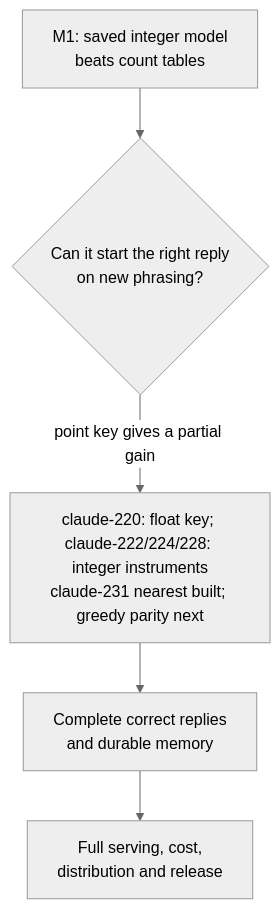
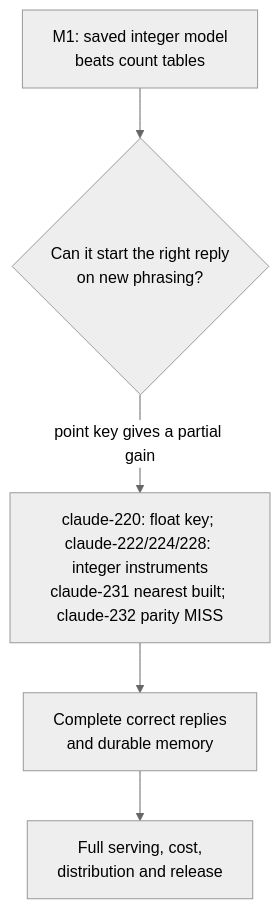
Before and after one commit to UOR-Foundation/uor-r4: the diagram in docs/research/open-questions.md, drawn with Mermaid (neutral theme). The commit also changed other lines of this file and 32 other files, not shown here.

Commit message:
[kimi] Record nearest-readout parity result

````diff
--- a/docs/research/open-questions.md
+++ b/docs/research/open-questions.md
@@ -8,7 +8,7 @@
 ```mermaid
 flowchart TD
   A["M1: saved integer model<br/>beats count tables"] --> B{"Can it start the right reply<br/>on new phrasing?"}
-  B -- "point key gives a partial gain" --> M["claude-220: float key; claude-222/224/228: integer instruments<br/>claude-231 nearest built; greedy parity next"]
+  B -- "point key gives a partial gain" --> M["claude-220: float key; claude-222/224/228: integer instruments<br/>claude-231 nearest built; claude-232 parity MISS"]
   M --> R["Complete correct replies<br/>and durable memory"]
   R --> S["Full serving, cost,<br/>distribution and release"]
 ```
````
